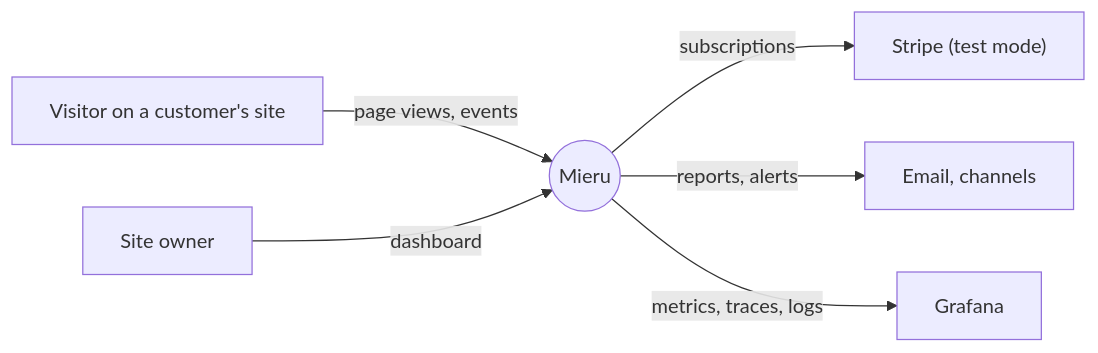
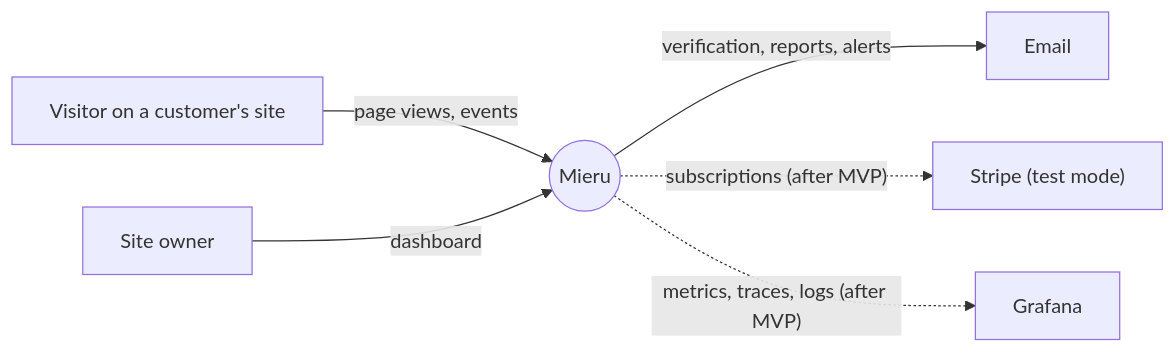
The first of 8 diagrams in docs/architecture.md (AntonBurduzha/mieru), drawn with Mermaid before and after one commit. The commit also changed other lines of this file and 1 other file, not shown here.

First line of the commit message:
docs: product spec and MVP scope; design moves to nginx, React and no Lua

````diff
--- a/docs/architecture.md
+++ b/docs/architecture.md
@@ -32,8 +34,8 @@
 ```mermaid
 flowchart LR
     V["Visitor on a customer's site"] -->|"page views, events"| P(("Mieru"))
     O["Site owner"] -->|"dashboard"| P
-    P -->|"subscriptions"| ST["Stripe (test mode)"]
-    P -->|"reports, alerts"| N["Email, channels"]
-    P -->|"metrics, traces, logs"| G["Grafana"]
+    P -->|"verification, reports, alerts"| N["Email"]
+    P -.->|"subscriptions (after MVP)"| ST["Stripe (test mode)"]
+    P -.->|"metrics, traces, logs (after MVP)"| G["Grafana"]
 ```
````
